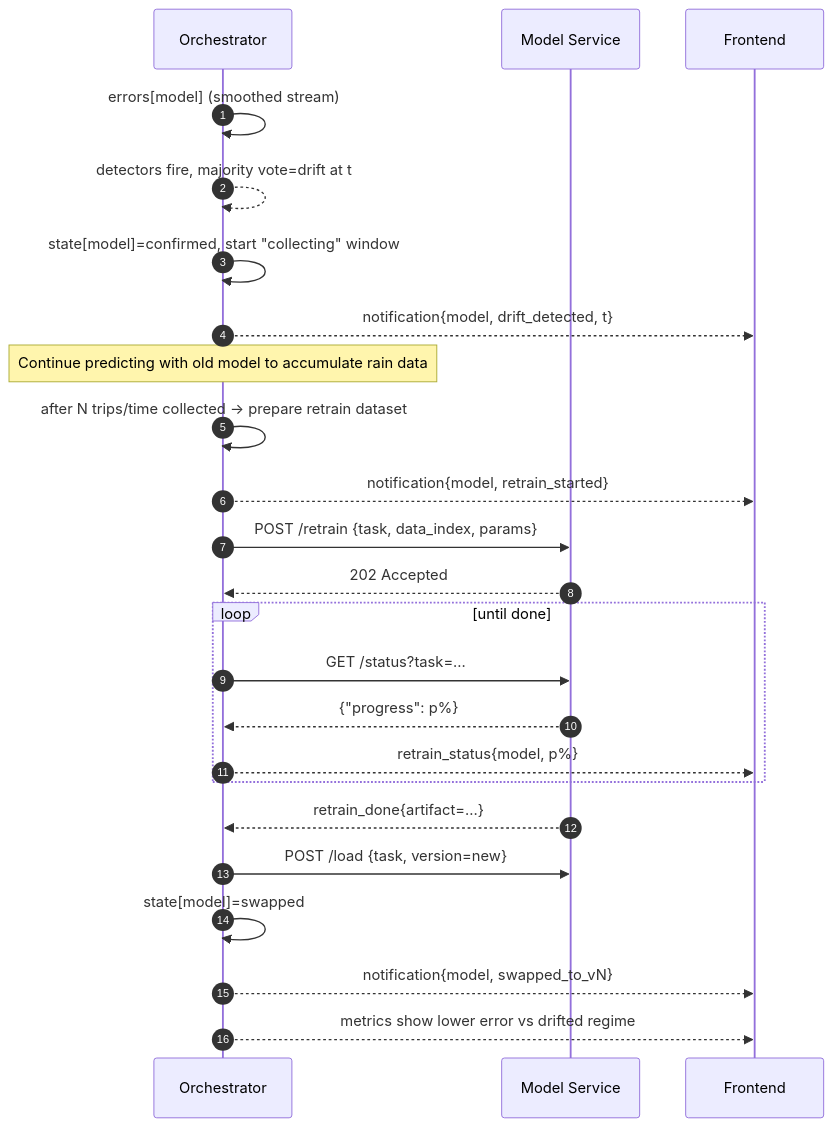
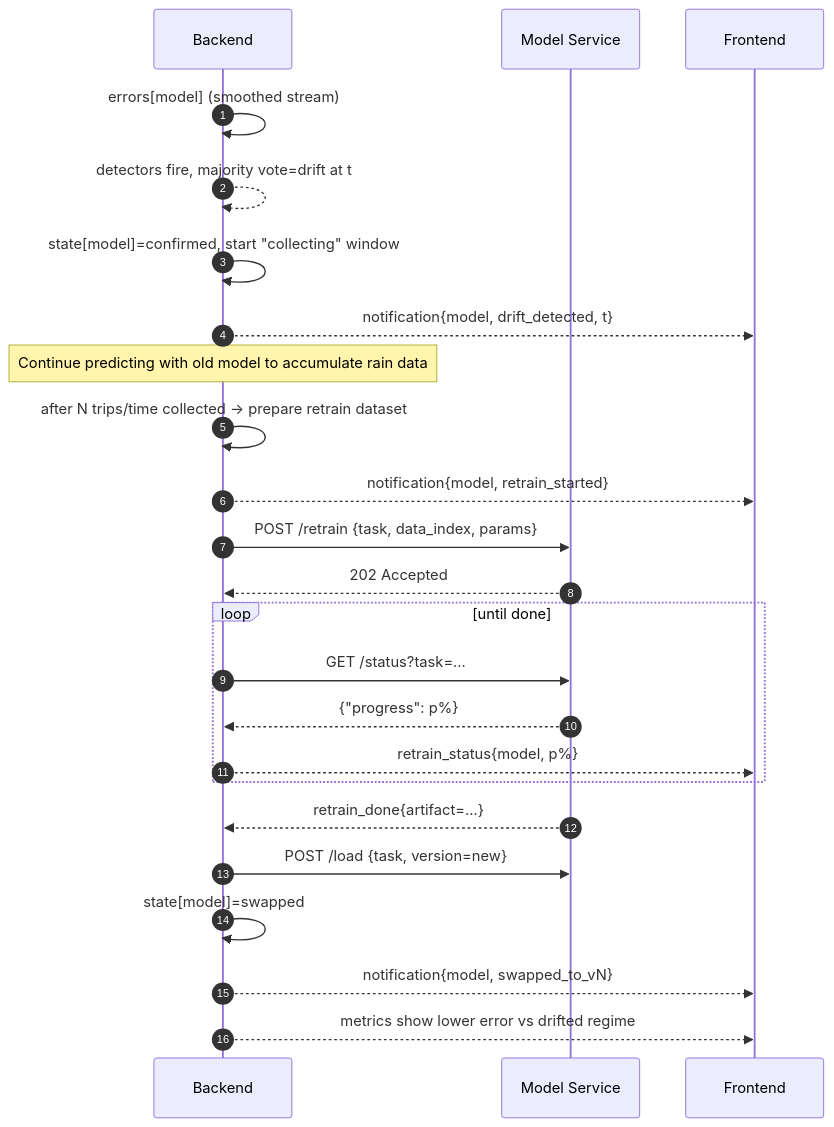
Before and after one commit to geokyr/diploma-thesis: the third of 4 diagrams in platform.md, drawn with Mermaid. The commit also changed other lines of this file, not shown here.

Commit message:
updated orchestrator to backend

````diff
--- a/platform.md
+++ b/platform.md
@@ -129,29 +129,29 @@
 ```mermaid
 sequenceDiagram
   autonumber
-  participant ORCH as Orchestrator
+  participant BE as Backend
   participant MS as Model Service
   participant UI as Frontend
 
-  ORCH->>ORCH: errors[model] (smoothed stream)
-  ORCH-->>ORCH: detectors fire, majority vote=drift at t
-  ORCH->>ORCH: state[model]=confirmed, start "collecting" window
-  ORCH-->>UI: notification{model, drift_detected, t}
+  BE->>BE: errors[model] (smoothed stream)
+  BE-->>BE: detectors fire, majority vote=drift at t
+  BE->>BE: state[model]=confirmed, start "collecting" window
+  BE-->>UI: notification{model, drift_detected, t}
 
-  Note over ORCH: Continue predicting with old model to accumulate rain data
+  Note over BE: Continue predicting with old model to accumulate rain data
 
-  ORCH->>ORCH: after N trips/time collected → prepare retrain dataset
-  ORCH-->>UI: notification{model, retrain_started}
-  ORCH->>MS: POST /retrain {task, data_index, params}
-  MS-->>ORCH: 202 Accepted
+  BE->>BE: after N trips/time collected → prepare retrain dataset
+  BE-->>UI: notification{model, retrain_started}
+  BE->>MS: POST /retrain {task, data_index, params}
+  MS-->>BE: 202 Accepted
   loop until done
-    ORCH->>MS: GET /status?task=...
-    MS-->>ORCH: {"progress": p%}
-    ORCH-->>UI: retrain_status{model, p%}
+    BE->>MS: GET /status?task=...
+    MS-->>BE: {"progress": p%}
+    BE-->>UI: retrain_status{model, p%}
   end
-  MS-->>ORCH: retrain_done{artifact=...}
-  ORCH->>MS: POST /load {task, version=new}
-  ORCH->>ORCH: state[model]=swapped
-  ORCH-->>UI: notification{model, swapped_to_vN}
-  ORCH-->>UI: metrics show lower error vs drifted regime
+  MS-->>BE: retrain_done{artifact=...}
+  BE->>MS: POST /load {task, version=new}
+  BE->>BE: state[model]=swapped
+  BE-->>UI: notification{model, swapped_to_vN}
+  BE-->>UI: metrics show lower error vs drifted regime
 ```
````
